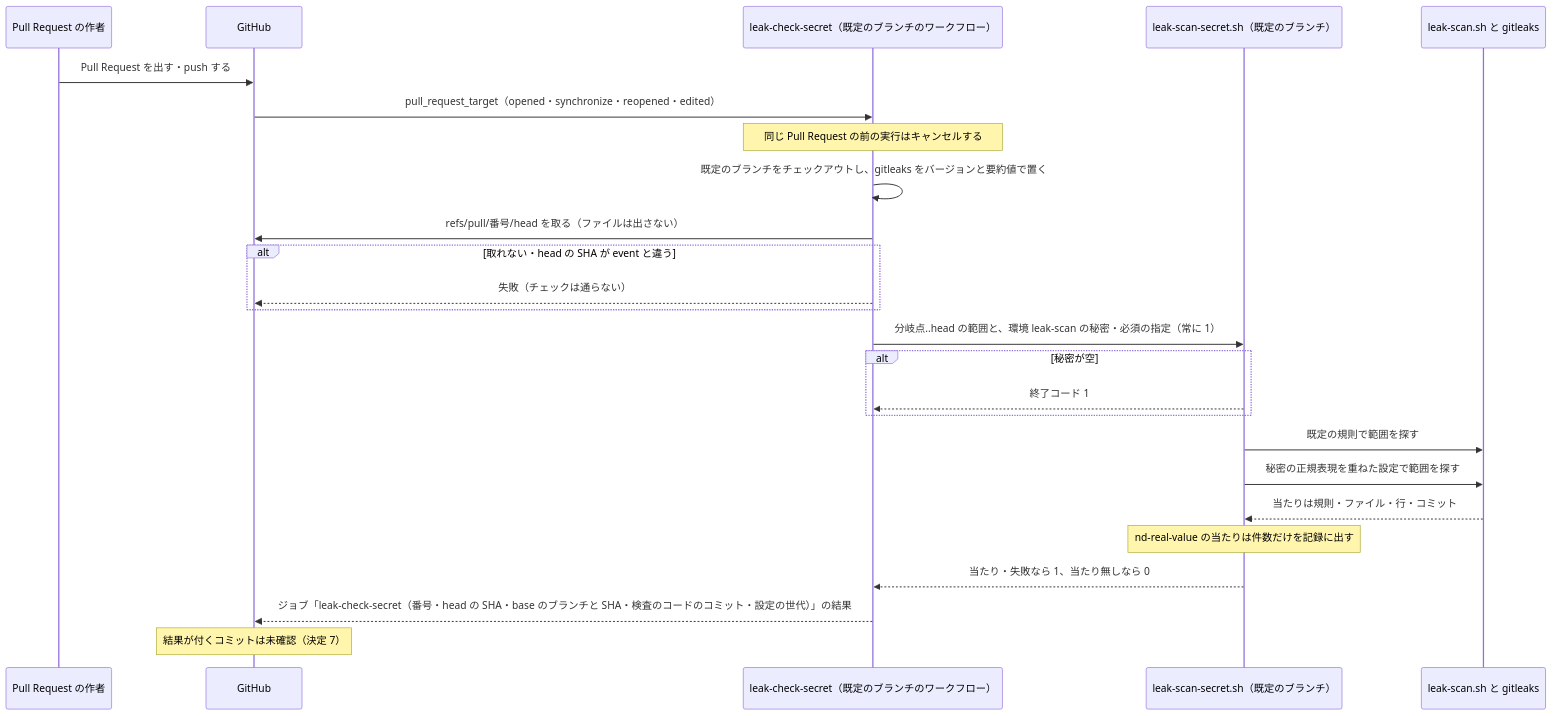
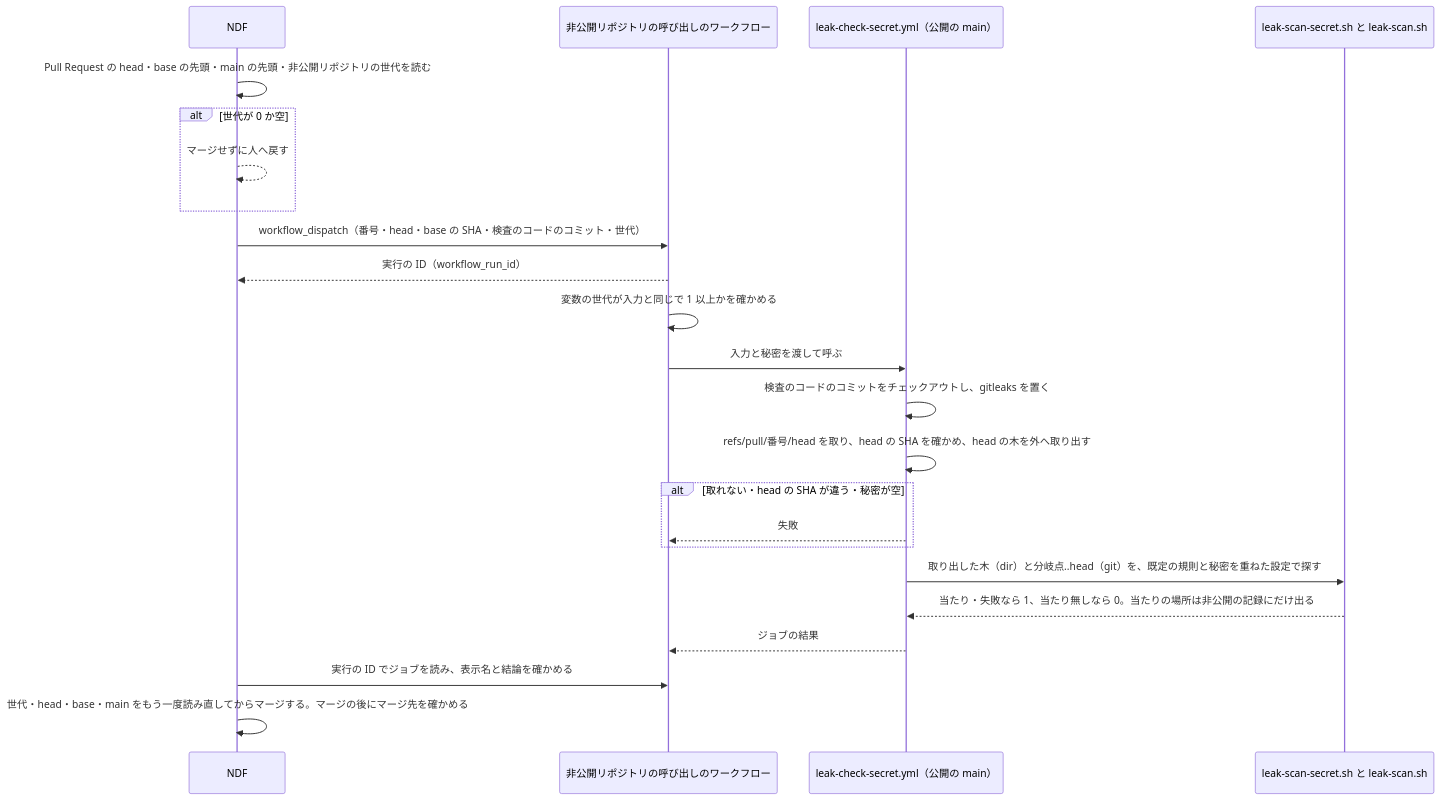
The fourth of 4 diagrams in issues/issue-96-101-design.md (devbasex/nd-factory), drawn with Mermaid before and after one commit. The commit also changed other lines of this file, not shown here.

First line of the commit message:
設計: 実際の値の規則での Pull Request の探しを非公開のリポジトリへ移し、NDF がマージの直前に起動した 1 回の結果だけで判定する（#96 #101）

````diff
--- a/issues/issue-96-101-design.md
+++ b/issues/issue-96-101-design.md
@@ -135,27 +141,25 @@
 ```mermaid
 sequenceDiagram
-    participant A as Pull Request の作者
-    participant G as GitHub
-    participant J as leak-check-secret（既定のブランチのワークフロー）
-    participant S as leak-scan-secret.sh（既定のブランチ）
-    participant L as leak-scan.sh と gitleaks
-    A->>G: Pull Request を出す・push する
-    G->>J: pull_request_target（opened・synchronize・reopened・edited）
-    Note over J: 同じ Pull Request の前の実行はキャンセルする
-    J->>J: 既定のブランチをチェックアウトし、gitleaks をバージョンと要約値で置く
-    J->>G: refs/pull/番号/head を取る（ファイルは出さない）
-    alt 取れない・head の SHA が event と違う
-        J-->>G: 失敗（チェックは通らない）
+    participant N as NDF
+    participant P as 非公開リポジトリの呼び出しのワークフロー
+    participant J as leak-check-secret.yml（公開の main）
+    participant S as leak-scan-secret.sh と leak-scan.sh
+    N->>N: Pull Request の head・base の先頭・main の先頭・非公開リポジトリの世代を読む
+    alt 世代が 0 か空
+        N-->>N: マージせずに人へ戻す
     end
-    J->>S: 分岐点..head の範囲と、環境 leak-scan の秘密・必須の指定（常に 1）
-    alt 秘密が空
-        S-->>J: 終了コード 1
+    N->>P: workflow_dispatch（番号・head・base の SHA・検査のコードのコミット・世代）
+    P-->>N: 実行の ID（workflow_run_id）
+    P->>P: 変数の世代が入力と同じで 1 以上かを確かめる
+    P->>J: 入力と秘密を渡して呼ぶ
+    J->>J: 検査のコードのコミットをチェックアウトし、gitleaks を置く
+    J->>J: refs/pull/番号/head を取り、head の SHA を確かめ、head の木を外へ取り出す
+    alt 取れない・head の SHA が違う・秘密が空
+        J-->>P: 失敗
     end
-    S->>L: 既定の規則で範囲を探す
-    S->>L: 秘密の正規表現を重ねた設定で範囲を探す
-    L-->>S: 当たりは規則・ファイル・行・コミット
-    Note over S: nd-real-value の当たりは件数だけを記録に出す
-    S-->>J: 当たり・失敗なら 1、当たり無しなら 0
-    J-->>G: ジョブ「leak-check-secret（番号・head の SHA・base のブランチと SHA・検査のコードのコミット・設定の世代）」の結果
-    Note over G: 結果が付くコミットは未確認（決定 7）
+    J->>S: 取り出した木（dir）と分岐点..head（git）を、既定の規則と秘密を重ねた設定で探す
+    S-->>J: 当たり・失敗なら 1、当たり無しなら 0。当たりの場所は非公開の記録にだけ出る
+    J-->>P: ジョブの結果
+    N->>P: 実行の ID でジョブを読み、表示名と結論を確かめる
+    N->>N: 世代・head・base・main をもう一度読み直してからマージする。マージの後にマージ先を確かめる
 ```
````
